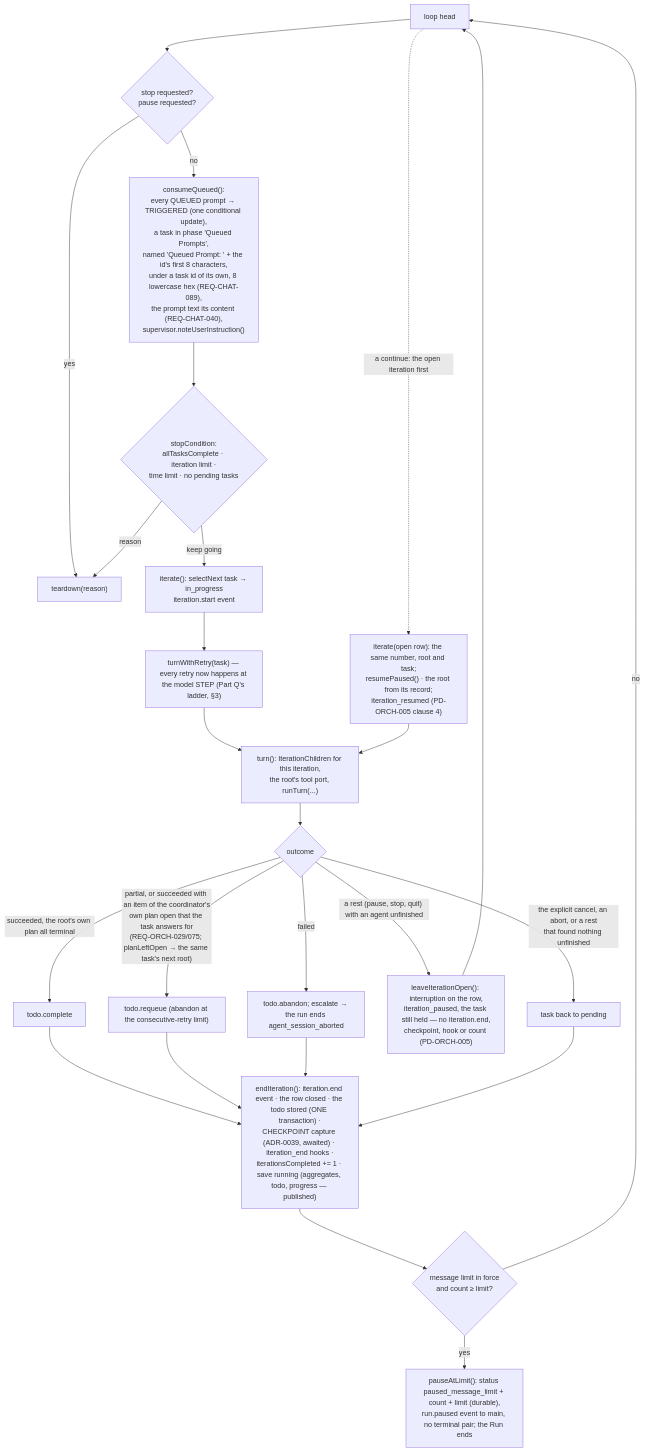
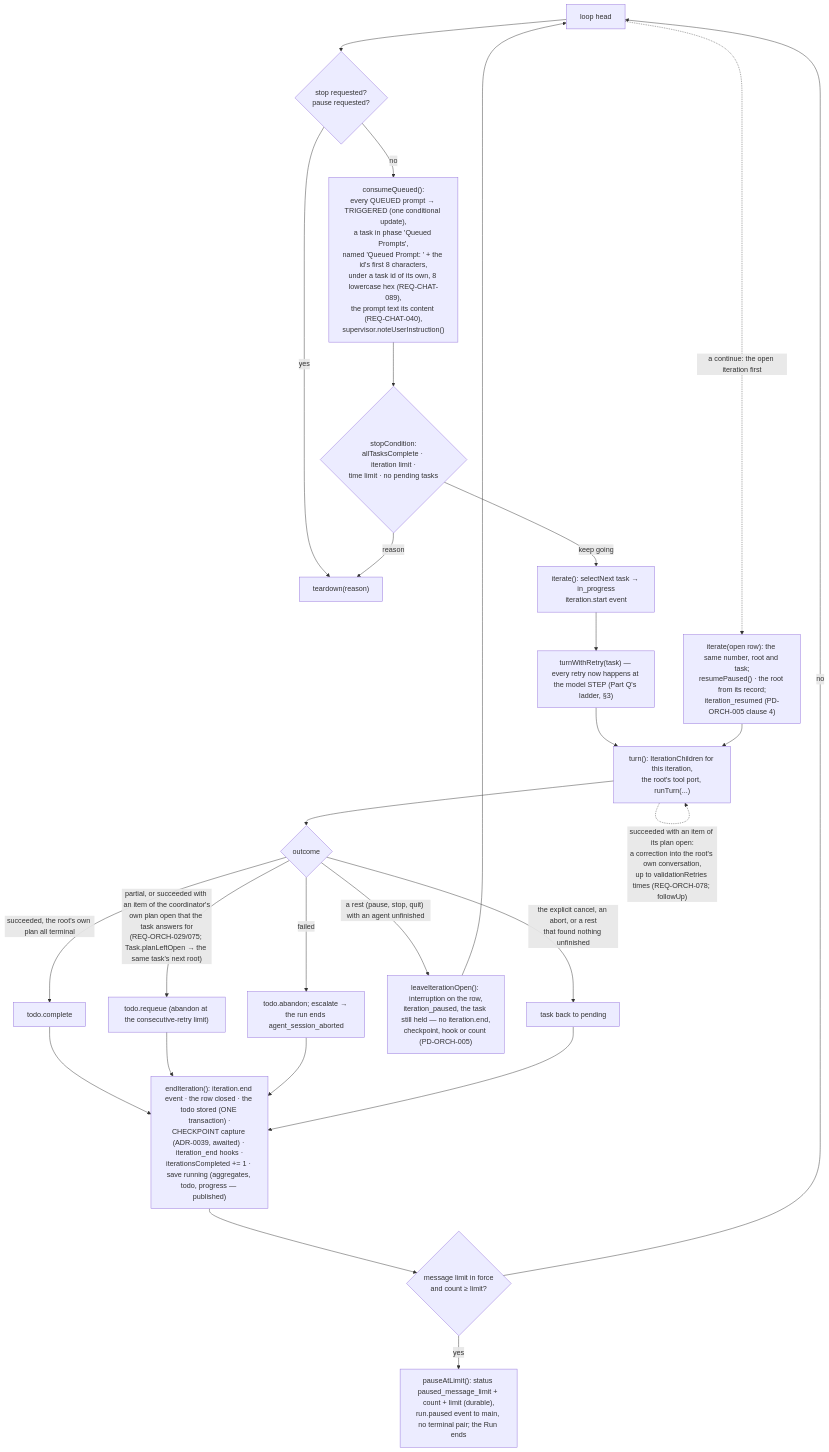
Before and after one commit to Concrete-Dynamics/Rotaris: the second of 2 diagrams in docs/architecture/views/03-runtime-view.md, drawn with Mermaid. The commit also changed other lines of this file and 9 other files, not shown here.

````diff
--- a/docs/architecture/views/03-runtime-view.md
+++ b/docs/architecture/views/03-runtime-view.md
@@ -201,24 +201,25 @@
 ```mermaid
 flowchart TB
   L0["loop head"] --> S1{"stop requested?<br/>pause requested?"}
   S1 -- yes --> T["teardown(reason)"]
   S1 -- no --> Q["consumeQueued():<br/>every QUEUED prompt → TRIGGERED (one conditional update),<br/>a task in phase 'Queued Prompts',<br/>named 'Queued Prompt: ' + the id's first 8 characters,<br/>under a task id of its own, 8 lowercase hex (REQ-CHAT-089),<br/>the prompt text its content (REQ-CHAT-040),<br/>supervisor.noteUserInstruction()"]
   Q --> S2{"stopCondition:<br/>allTasksComplete · iteration limit ·<br/>time limit · no pending tasks"}
   S2 -- reason --> T
   S2 -- keep going --> I["iterate(): selectNext task → in_progress<br/>iteration.start event"]
   I --> TR["turnWithRetry(task) — every retry now happens at the model STEP (Part Q's ladder, §3)"]
   TR --> TURN["turn(): IterationChildren for this iteration,<br/>the root's tool port, runTurn(...)"]
   TURN --> OUT{"outcome"}
+  TURN -. "succeeded with an item of its plan open:<br/>a correction into the root's own conversation,<br/>up to validationRetries times (REQ-ORCH-078; followUp)" .-> TURN
   OUT -- "succeeded, the root's own plan all terminal" --> C["todo.complete"]
-  OUT -- "partial, or succeeded with an item of the coordinator's<br/>own plan open that the task answers for<br/>(REQ-ORCH-029/075; planLeftOpen → the same task's next root)" --> RQ["todo.requeue (abandon at the consecutive-retry limit)"]
+  OUT -- "partial, or succeeded with an item of the coordinator's<br/>own plan open that the task answers for<br/>(REQ-ORCH-029/075; Task.planLeftOpen → the same task's next root)" --> RQ["todo.requeue (abandon at the consecutive-retry limit)"]
   OUT -- failed --> AB["todo.abandon; escalate → the run ends agent_session_aborted"]
   OUT -- "a rest (pause, stop, quit) with an agent unfinished" --> OPEN["leaveIterationOpen(): interruption on the row,<br/>iteration_paused, the task still held — no iteration.end,<br/>checkpoint, hook or count (PD-ORCH-005)"]
   OPEN --> L0
   L0 -. "a continue: the open iteration first" .-> RES["iterate(open row): the same number, root and task;<br/>resumePaused() · the root from its record;<br/>iteration_resumed (PD-ORCH-005 clause 4)"]
   RES --> TURN
   OUT -- "the explicit cancel, an abort, or a rest<br/>that found nothing unfinished" --> PEND["task back to pending"]
   C & RQ & AB & PEND --> E["endIteration(): iteration.end event · the row closed · the todo stored (ONE transaction) ·<br/>CHECKPOINT capture (ADR-0039, awaited) · iteration_end hooks ·<br/>iterationsCompleted += 1 · save running (aggregates, todo, progress — published)"]
   E --> ML{"message limit in force<br/>and count ≥ limit?"}
   ML -- yes --> PL["pauseAtLimit(): status paused_message_limit + count + limit (durable),<br/>run.paused event to main, no terminal pair; the Run ends"]
   ML -- no --> L0
 ```
````
